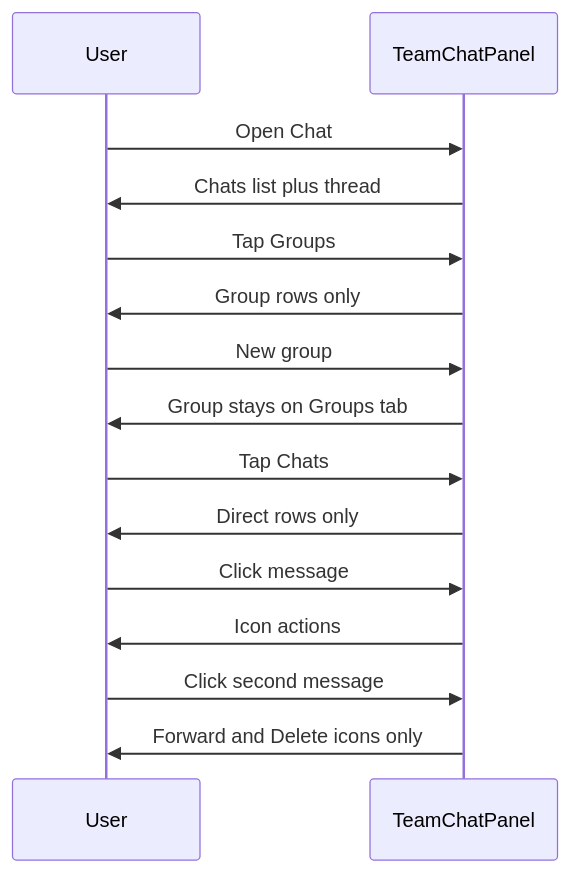
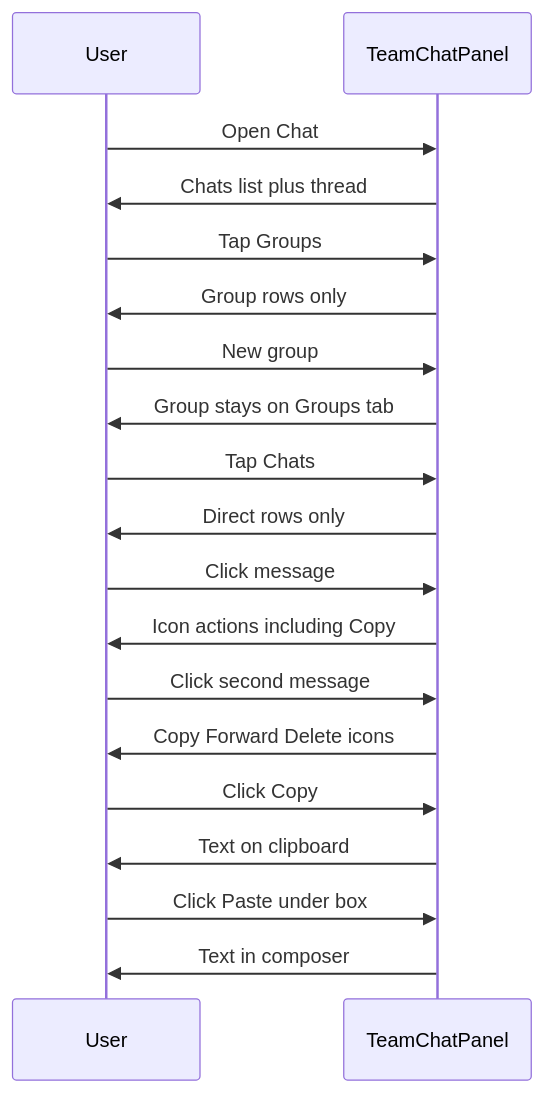
Before and after one commit to Mayur8291/Printing-Tracker: diagram 30 of 31 in docs/FLOWCHARTS.md, drawn with Mermaid. The commit also changed other lines of this file and 16 other files, not shown here.

Commit message:
Add chat voice notes, wrap long bubbles, and copy/paste icons.

````diff
--- a/docs/FLOWCHARTS.md
+++ b/docs/FLOWCHARTS.md
@@ -633,17 +647,21 @@
 ```mermaid
 sequenceDiagram
   participant User
   participant Panel as TeamChatPanel
   User->>Panel: Open Chat
   Panel->>User: Chats list plus thread
   User->>Panel: Tap Groups
   Panel->>User: Group rows only
   User->>Panel: New group
   Panel->>User: Group stays on Groups tab
   User->>Panel: Tap Chats
   Panel->>User: Direct rows only
   User->>Panel: Click message
-  Panel->>User: Icon actions
+  Panel->>User: Icon actions including Copy
   User->>Panel: Click second message
-  Panel->>User: Forward and Delete icons only
+  Panel->>User: Copy Forward Delete icons
+  User->>Panel: Click Copy
+  Panel->>User: Text on clipboard
+  User->>Panel: Click Paste under box
+  Panel->>User: Text in composer
 ```
````
